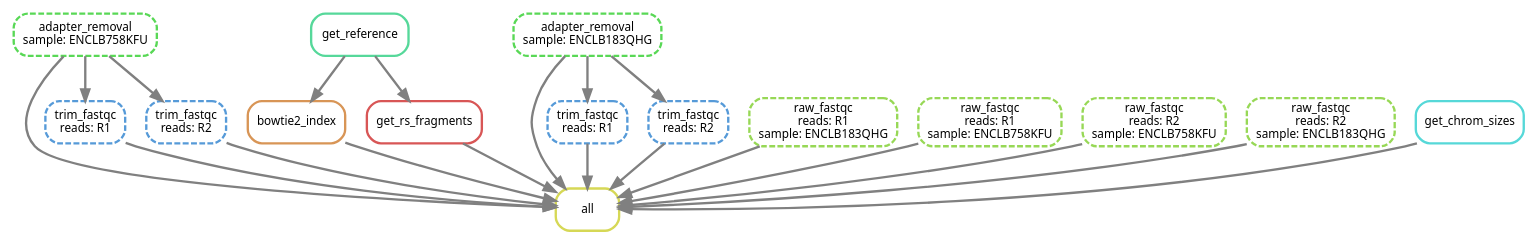
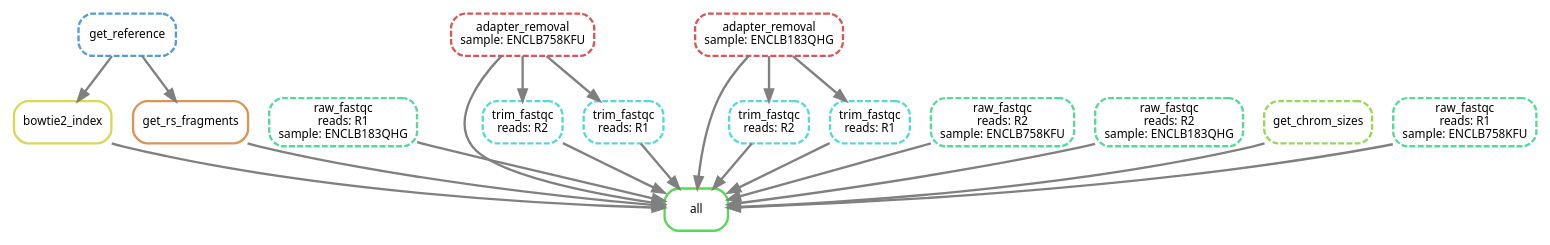
One commit to DRMCRL/ENCODE_T47D_HiC_ENCSR549MGQ changed the diagram in output/dag.dot. Above: the diagram before and after it, drawn with Graphviz. The commit also changed 6 other files, not shown here.

```diff
--- a/output/dag.dot
+++ b/output/dag.dot
@@ -1,39 +1,39 @@
 digraph snakemake_dag {
     graph[bgcolor=white, margin=0];
     node[shape=box, style=rounded, fontname=sans,                 fontsize=10, penwidth=2];
     edge[penwidth=2, color=grey];
-	0[label = "all", color = "0.17 0.6 0.85", style="rounded"];
-	1[label = "trim_fastqc\nreads: R1", color = "0.58 0.6 0.85", style="rounded,dashed"];
-	2[label = "bowtie2_index", color = "0.08 0.6 0.85", style="rounded"];
-	3[label = "get_rs_fragments", color = "0.00 0.6 0.85", style="rounded"];
-	4[label = "trim_fastqc\nreads: R1", color = "0.58 0.6 0.85", style="rounded,dashed"];
-	5[label = "trim_fastqc\nreads: R2", color = "0.58 0.6 0.85", style="rounded,dashed"];
-	6[label = "raw_fastqc\nreads: R1\nsample: ENCLB183QHG", color = "0.25 0.6 0.85", style="rounded,dashed"];
-	7[label = "raw_fastqc\nreads: R1\nsample: ENCLB758KFU", color = "0.25 0.6 0.85", style="rounded,dashed"];
-	8[label = "adapter_removal\nsample: ENCLB758KFU", color = "0.33 0.6 0.85", style="rounded,dashed"];
-	9[label = "adapter_removal\nsample: ENCLB183QHG", color = "0.33 0.6 0.85", style="rounded,dashed"];
-	10[label = "raw_fastqc\nreads: R2\nsample: ENCLB758KFU", color = "0.25 0.6 0.85", style="rounded,dashed"];
-	11[label = "raw_fastqc\nreads: R2\nsample: ENCLB183QHG", color = "0.25 0.6 0.85", style="rounded,dashed"];
-	12[label = "get_chrom_sizes", color = "0.50 0.6 0.85", style="rounded"];
-	13[label = "trim_fastqc\nreads: R2", color = "0.58 0.6 0.85", style="rounded,dashed"];
-	14[label = "get_reference", color = "0.42 0.6 0.85", style="rounded"];
+	0[label = "all", color = "0.33 0.6 0.85", style="rounded"];
+	1[label = "bowtie2_index", color = "0.17 0.6 0.85", style="rounded"];
+	2[label = "raw_fastqc\nreads: R1\nsample: ENCLB183QHG", color = "0.42 0.6 0.85", style="rounded,dashed"];
+	3[label = "trim_fastqc\nreads: R2", color = "0.50 0.6 0.85", style="rounded,dashed"];
+	4[label = "trim_fastqc\nreads: R2", color = "0.50 0.6 0.85", style="rounded,dashed"];
+	5[label = "trim_fastqc\nreads: R1", color = "0.50 0.6 0.85", style="rounded,dashed"];
+	6[label = "trim_fastqc\nreads: R1", color = "0.50 0.6 0.85", style="rounded,dashed"];
+	7[label = "raw_fastqc\nreads: R2\nsample: ENCLB758KFU", color = "0.42 0.6 0.85", style="rounded,dashed"];
+	8[label = "adapter_removal\nsample: ENCLB183QHG", color = "0.00 0.6 0.85", style="rounded,dashed"];
+	9[label = "raw_fastqc\nreads: R2\nsample: ENCLB183QHG", color = "0.42 0.6 0.85", style="rounded,dashed"];
+	10[label = "adapter_removal\nsample: ENCLB758KFU", color = "0.00 0.6 0.85", style="rounded,dashed"];
+	11[label = "get_rs_fragments", color = "0.08 0.6 0.85", style="rounded"];
+	12[label = "get_chrom_sizes", color = "0.25 0.6 0.85", style="rounded,dashed"];
+	13[label = "raw_fastqc\nreads: R1\nsample: ENCLB758KFU", color = "0.42 0.6 0.85", style="rounded,dashed"];
+	14[label = "get_reference", color = "0.58 0.6 0.85", style="rounded,dashed"];
 	1 -> 0
 	2 -> 0
 	3 -> 0
 	4 -> 0
 	5 -> 0
 	6 -> 0
 	7 -> 0
 	8 -> 0
 	9 -> 0
 	10 -> 0
 	11 -> 0
 	12 -> 0
 	13 -> 0
-	8 -> 1
-	14 -> 2
-	14 -> 3
-	9 -> 4
+	14 -> 1
+	10 -> 3
+	8 -> 4
 	8 -> 5
-	9 -> 13
+	10 -> 6
+	14 -> 11
 }            
```
